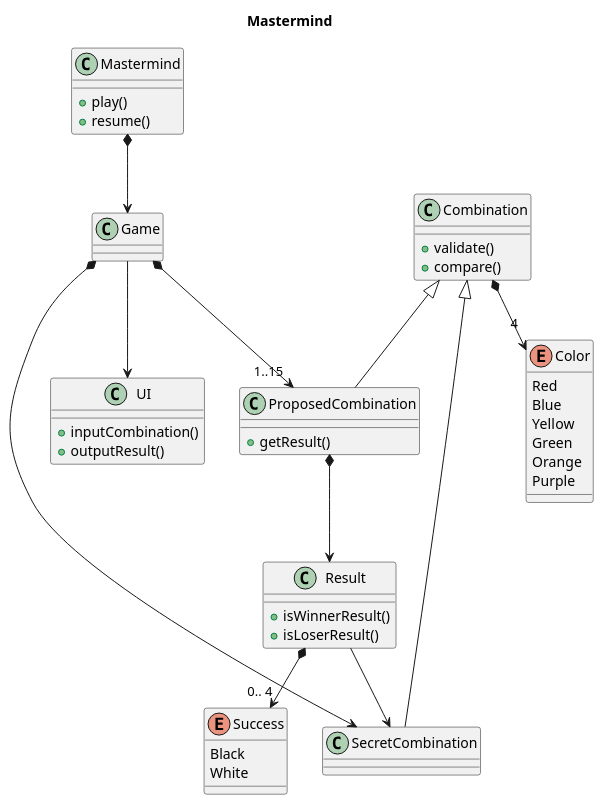
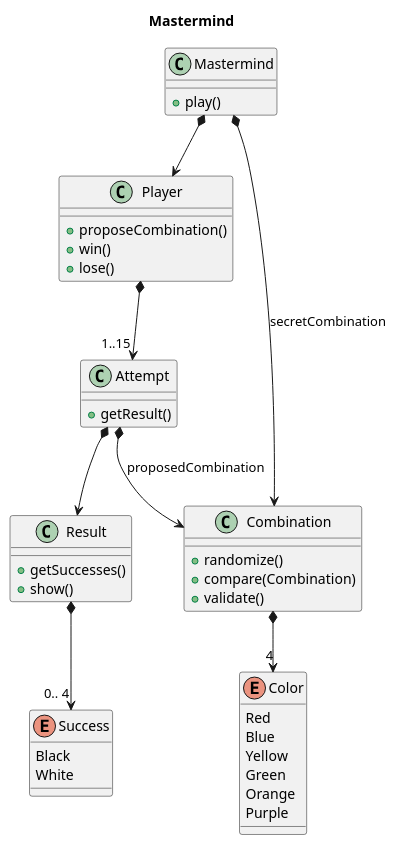
One commit to Master-Desarrollo-20-21/ejercicio-2-vista-publica-clases-mastermind-nihillo changed the diagram in plantuml/classes.puml. Above: the diagram before and after it, drawn with PlantUML. The commit also changed 1 other file, not shown here.

```diff
--- a/plantuml/classes.puml
+++ b/plantuml/classes.puml
@@ -1,61 +1,52 @@
 @startuml
 
 title Mastermind
 
 class Mastermind {
     +play()
-    +resume()
 }
 
-class Game {
-    
-}
-
-class UI {
-    +inputCombination()
-    +outputResult()
+class Player {
+    +proposeCombination()
+    +win()
+    +lose()
 }
 
 class Combination {
+    +randomize()
+    +compare(Combination)
     +validate()
-    +compare()
 }
 
-class SecretCombination {
-}
-
-class ProposedCombination {
+class Attempt {
     +getResult()
 }
 
 class Result {
-    +isWinnerResult()
-    +isLoserResult()
+    +getSuccesses()
+    +show()
 }
 
 enum Success {
     Black
     White
 }
 
 enum Color {
     Red
     Blue
     Yellow
     Green
     Orange
     Purple
 }
 
-Mastermind *--> Game
-Game --> UI
-Game *--> SecretCombination
-Game *--> "1..15" ProposedCombination
-Combination <|-down- SecretCombination
-Combination <|-down- ProposedCombination
+Mastermind *--> Player
+Mastermind *--> Combination : secretCombination
+Player *--> "1..15" Attempt
 Combination *--> "4" Color
-ProposedCombination *--> Result
-Result --> SecretCombination
+Attempt *--> Result
+Attempt *--> Combination : proposedCombination
 Result *--> "0.. 4" Success
 
 @enduml
```
